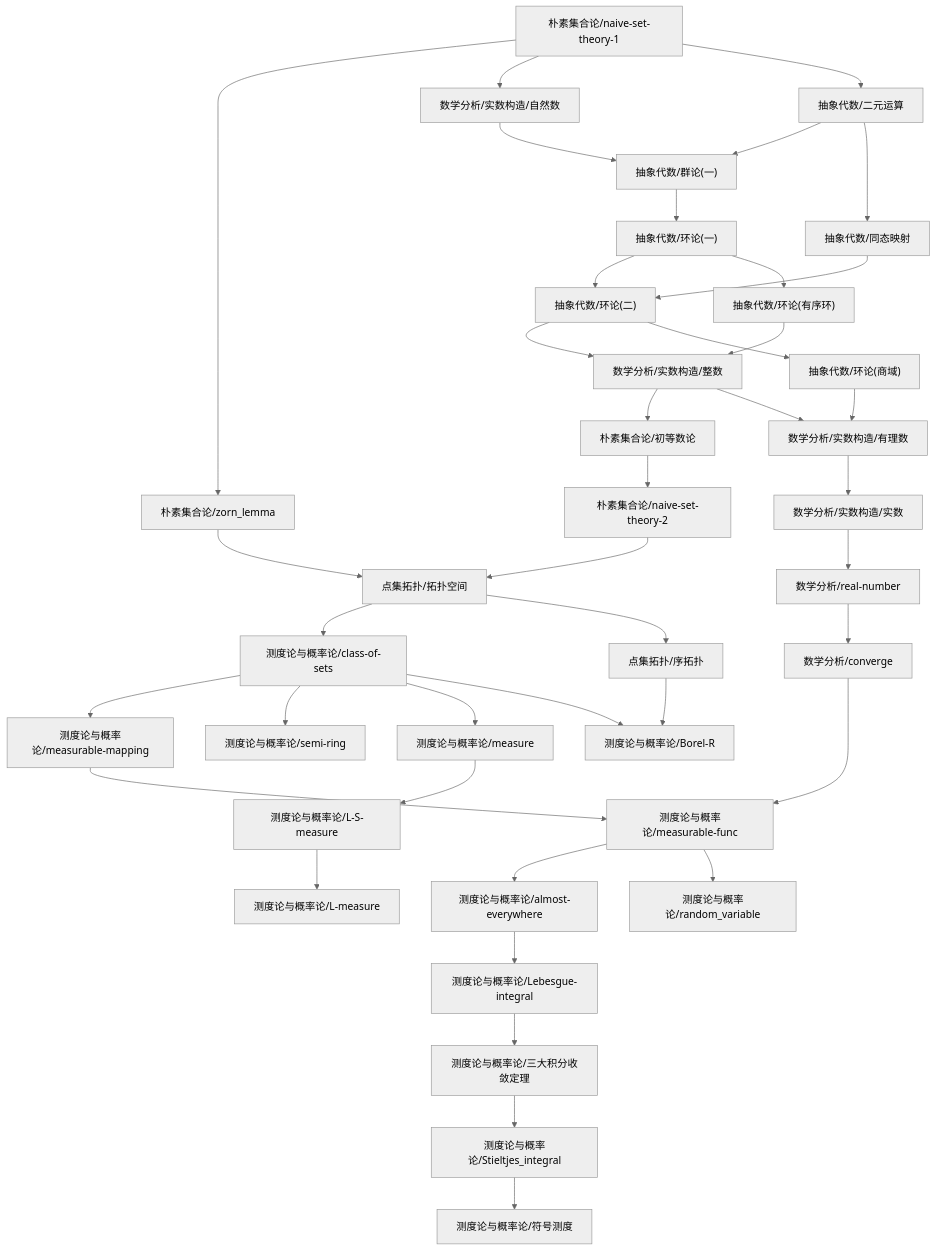
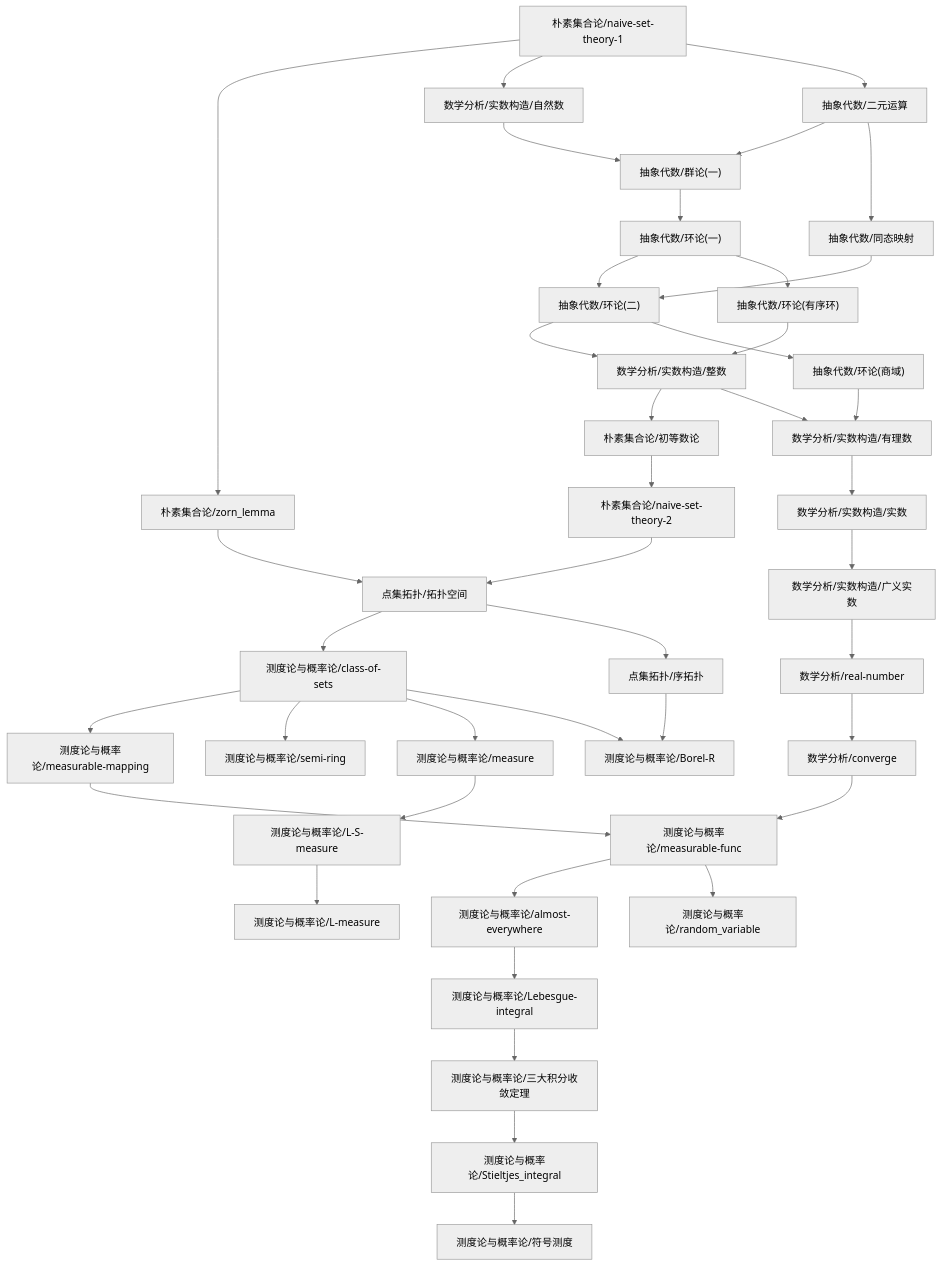
The diagram in content/测度论与概率论/dependency_graph.md (zeroDtree/zeroDtree.github.io), drawn with Mermaid (neutral theme) before and after one commit. The commit also changed 14 other files, not shown here.

````diff
--- a/content/测度论与概率论/dependency_graph.md
+++ b/content/测度论与概率论/dependency_graph.md
@@ -1,42 +1,43 @@
 ```mermaid
 graph TD
 1["点集拓扑/拓扑空间"] --> 0["测度论与概率论/class-of-sets"]
 3["测度论与概率论/almost-everywhere"] --> 2["测度论与概率论/Lebesgue-integral"]
 5["测度论与概率论/Stieltjes_integral"] --> 4["测度论与概率论/符号测度"]
 6["测度论与概率论/三大积分收敛定理"] --> 5["测度论与概率论/Stieltjes_integral"]
 0["测度论与概率论/class-of-sets"] --> 7["测度论与概率论/measurable-mapping"]
 9["测度论与概率论/measure"] --> 8["测度论与概率论/L-S-measure"]
 7["测度论与概率论/measurable-mapping"] --> 10["测度论与概率论/measurable-func"]
 11["数学分析/converge"] --> 10["测度论与概率论/measurable-func"]
 0["测度论与概率论/class-of-sets"] --> 12["测度论与概率论/semi-ring"]
 2["测度论与概率论/Lebesgue-integral"] --> 6["测度论与概率论/三大积分收敛定理"]
 10["测度论与概率论/measurable-func"] --> 3["测度论与概率论/almost-everywhere"]
 10["测度论与概率论/measurable-func"] --> 13["测度论与概率论/random_variable"]
 0["测度论与概率论/class-of-sets"] --> 9["测度论与概率论/measure"]
 8["测度论与概率论/L-S-measure"] --> 15["测度论与概率论/L-measure"]
 0["测度论与概率论/class-of-sets"] --> 16["测度论与概率论/Borel-R"]
 17["点集拓扑/序拓扑"] --> 16["测度论与概率论/Borel-R"]
 1["点集拓扑/拓扑空间"] --> 17["点集拓扑/序拓扑"]
 18["朴素集合论/naive-set-theory-2"] --> 1["点集拓扑/拓扑空间"]
 19["朴素集合论/zorn_lemma"] --> 1["点集拓扑/拓扑空间"]
 20["朴素集合论/初等数论"] --> 18["朴素集合论/naive-set-theory-2"]
 21["朴素集合论/naive-set-theory-1"] --> 19["朴素集合论/zorn_lemma"]
 22["数学分析/实数构造/整数"] --> 20["朴素集合论/初等数论"]
 23["抽象代数/环论(二)"] --> 22["数学分析/实数构造/整数"]
 24["抽象代数/环论(有序环)"] --> 22["数学分析/实数构造/整数"]
 25["抽象代数/环论(一)"] --> 23["抽象代数/环论(二)"]
 26["抽象代数/同态映射"] --> 23["抽象代数/环论(二)"]
 25["抽象代数/环论(一)"] --> 24["抽象代数/环论(有序环)"]
 27["抽象代数/群论(一)"] --> 25["抽象代数/环论(一)"]
 28["数学分析/实数构造/自然数"] --> 27["抽象代数/群论(一)"]
 29["抽象代数/二元运算"] --> 27["抽象代数/群论(一)"]
 21["朴素集合论/naive-set-theory-1"] --> 28["数学分析/实数构造/自然数"]
 21["朴素集合论/naive-set-theory-1"] --> 29["抽象代数/二元运算"]
 29["抽象代数/二元运算"] --> 26["抽象代数/同态映射"]
 30["数学分析/real-number"] --> 11["数学分析/converge"]
-31["数学分析/实数构造/实数"] --> 30["数学分析/real-number"]
-32["数学分析/实数构造/有理数"] --> 31["数学分析/实数构造/实数"]
-22["数学分析/实数构造/整数"] --> 32["数学分析/实数构造/有理数"]
-33["抽象代数/环论(商域)"] --> 32["数学分析/实数构造/有理数"]
-23["抽象代数/环论(二)"] --> 33["抽象代数/环论(商域)"]
+31["数学分析/实数构造/广义实数"] --> 30["数学分析/real-number"]
+32["数学分析/实数构造/实数"] --> 31["数学分析/实数构造/广义实数"]
+22["数学分析/实数构造/整数"] --> 33["数学分析/实数构造/有理数"]
+34["抽象代数/环论(商域)"] --> 33["数学分析/实数构造/有理数"]
+33["数学分析/实数构造/有理数"] --> 32["数学分析/实数构造/实数"]
+23["抽象代数/环论(二)"] --> 34["抽象代数/环论(商域)"]
 ```
````
